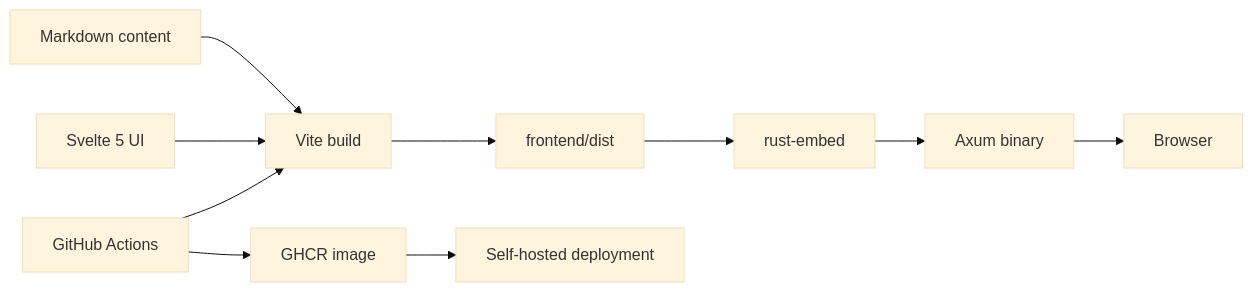
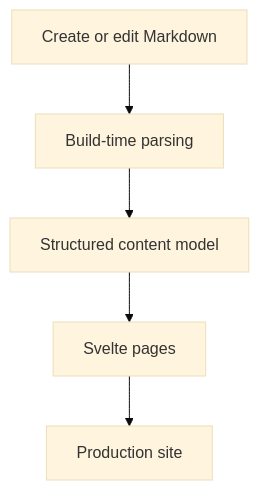
Before and after one commit to farismnrr/portofolio: the second of 3 diagrams in frontend/content/projects/portfolio-website.md, drawn with Mermaid (base theme). The commit also changed other lines of this file and 6 other files, not shown here.

````diff
--- a/frontend/content/projects/portfolio-website.md
+++ b/frontend/content/projects/portfolio-website.md
@@ -28,12 +54,7 @@
 ```mermaid
-flowchart LR
-    M[Markdown content] --> V[Vite build]
-    S[Svelte 5 UI] --> V
-    V --> D[frontend/dist]
-    D --> E[rust-embed]
-    E --> A[Axum binary]
-    A --> B[Browser]
-    G[GitHub Actions] --> V
-    G --> C[GHCR image]
-    C --> P[Self-hosted deployment]
+flowchart TD
+    A[Create or edit Markdown] --> B[Build-time parsing]
+    B --> C[Structured content model]
+    C --> D[Svelte pages]
+    D --> E[Production site]
 ```
````
